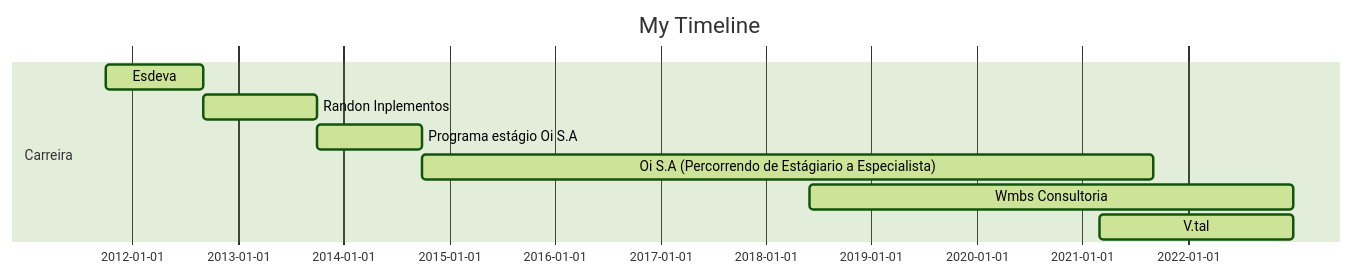
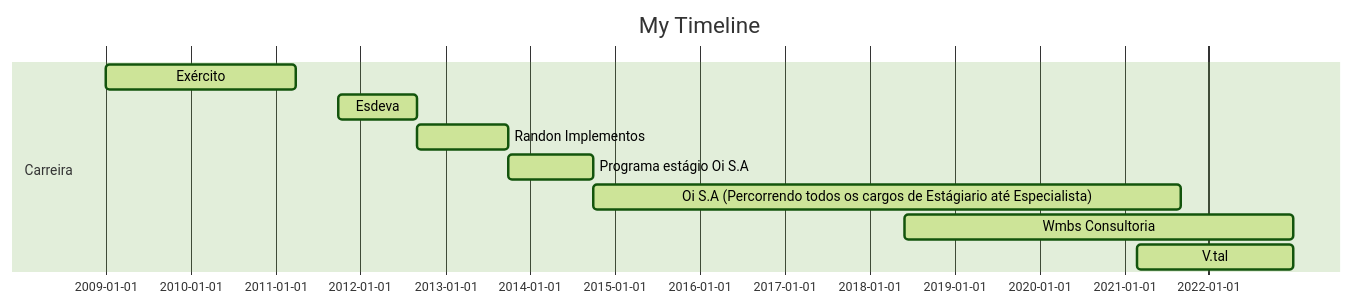
One commit to Wellikiandre/Wellikiandre changed the diagram in README.md. Above: the diagram before and after it, drawn with Mermaid (forest theme).

Commit message:
Versao Final

````diff
--- a/README.md
+++ b/README.md
@@ -3,15 +3,16 @@
 ```mermaid
 
 gantt
 dateFormat  YYYY-MM-DD
 title My Timeline
 
 section Carreira
+Exército            :active,, 2009-01-01,2011-04-01
 Esdeva            :active,, 2011-10-01,2012-09-01
-Randon Inplementos            :active,, 2012-09-01,2013-10-01
+Randon Implementos            :active,, 2012-09-01,2013-10-01
 Programa estágio Oi S.A            :active,, 2013-10-01,2014-10-01
-Oi S.A (Percorrendo de Estágiario a Especialista)            :active,, 2014-10-01,2021-09-01
+Oi S.A (Percorrendo todos os cargos de Estágiario até Especialista)            :active,, 2014-10-01,2021-09-01
 Wmbs Consultoria            :active,, 2018-06-01,2022-12-31
 V.tal           :active,, 2021-03-01,2022-12-31
 
 ```
````
